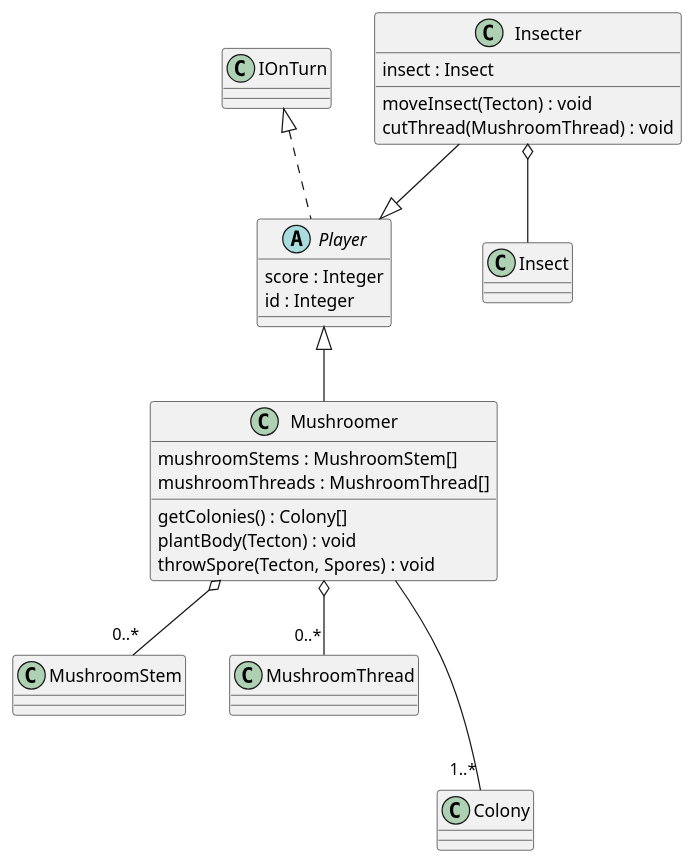
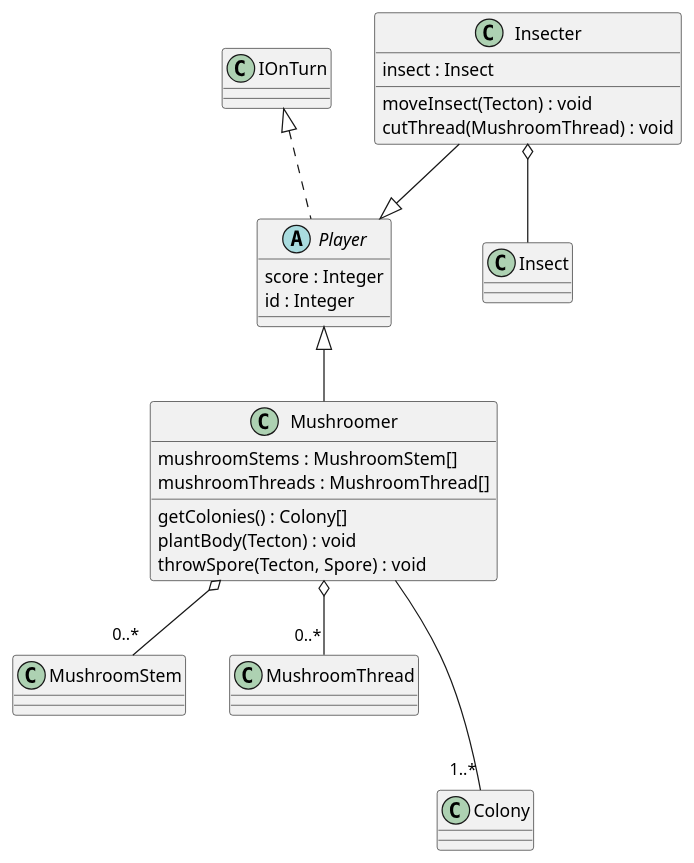
Before and after one commit to Petya-G/fungorium: the diagram in 3/classes/player.puml, drawn with PlantUML.

Commit message:
fixed names

```diff
--- a/3/classes/player.puml
+++ b/3/classes/player.puml
@@ -1,27 +1,27 @@
 @startuml player
 IOnTurn <|.. Player
 abstract class Player{
     score : Integer
     id : Integer
 }
 
 Player <|-- Mushroomer
 Mushroomer o-- "0..*" MushroomStem
 Mushroomer o-- "0..*" MushroomThread
 Mushroomer --- "1..*" Colony
 class Mushroomer{
     mushroomStems : MushroomStem[]
     mushroomThreads : MushroomThread[]
     getColonies() : Colony[]
     plantBody(Tecton) : void
-    throwSpore(Tecton, Spores) : void
+    throwSpore(Tecton, Spore) : void
 }
 
 Insecter --|> Player
 Insecter o-- Insect
 class Insecter{
     insect : Insect
     moveInsect(Tecton) : void
     cutThread(MushroomThread) : void
 }
 @enduml
```
